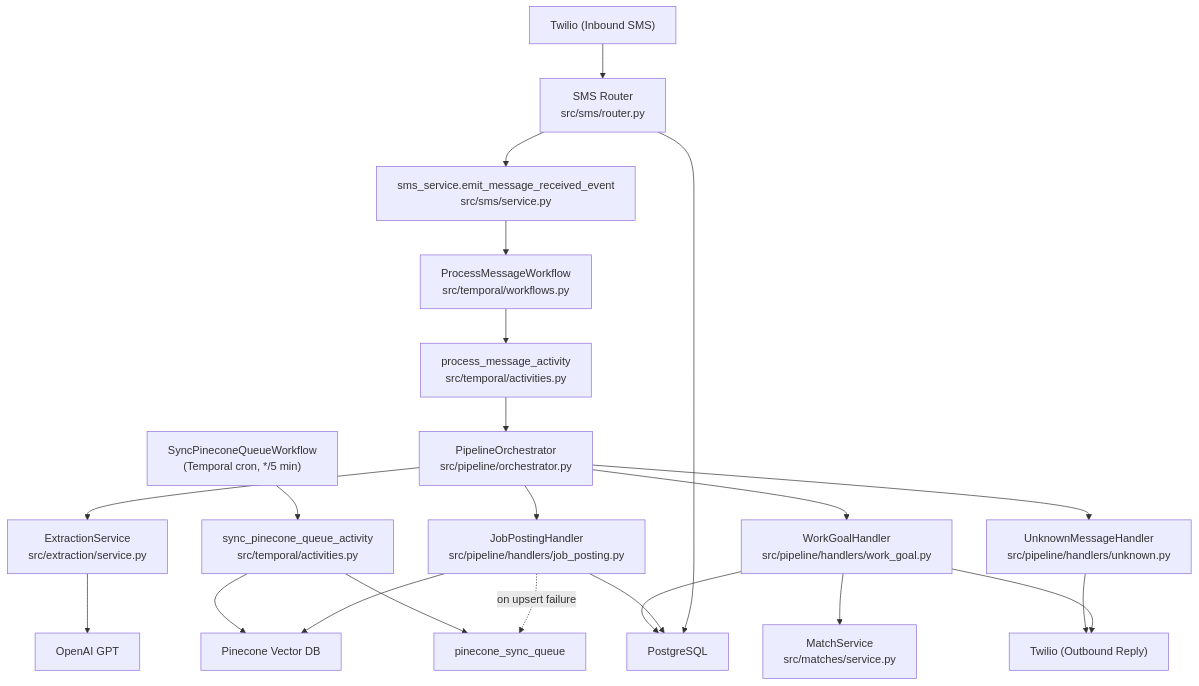
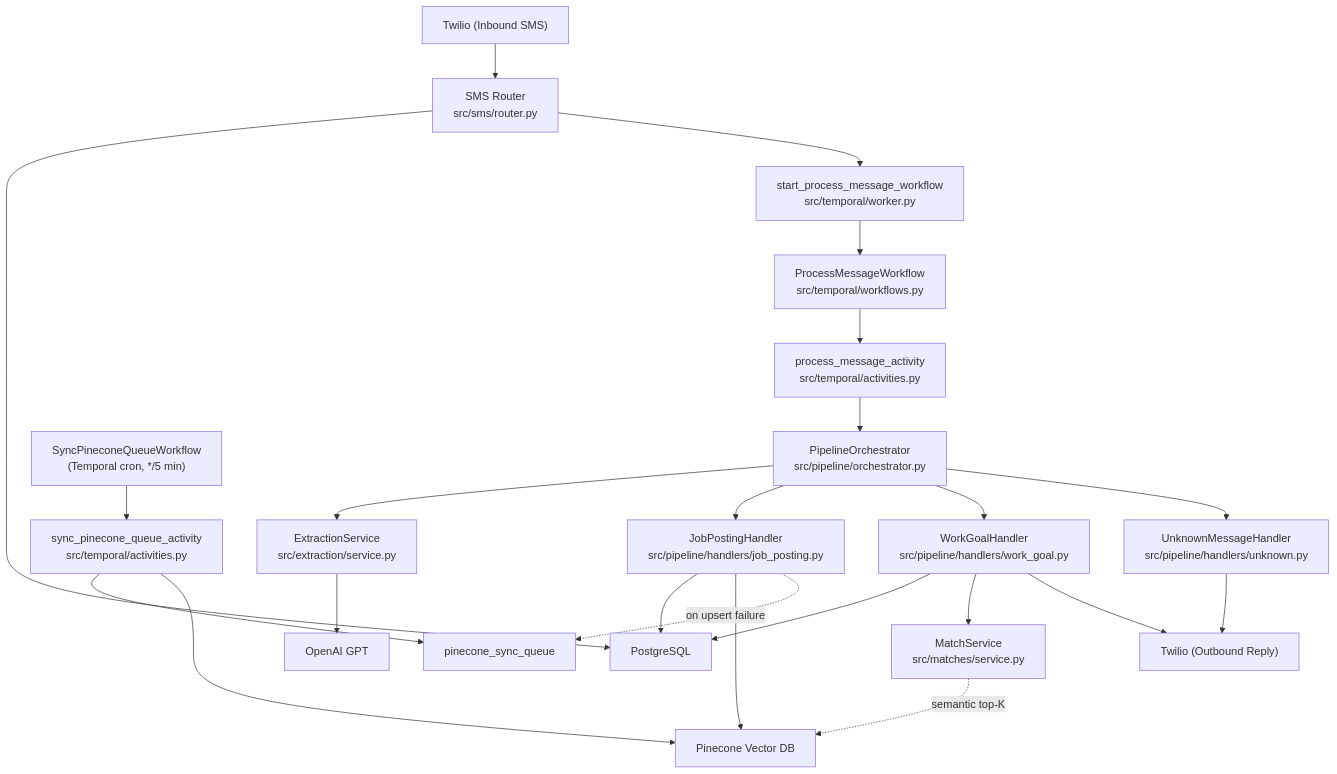
Before and after one commit to ahcarpenter/vici: the diagram in docs/ARCHITECTURE.md, drawn with Mermaid. The commit also changed other lines of this file and 30 other files, not shown here.

````diff
--- a/docs/ARCHITECTURE.md
+++ b/docs/ARCHITECTURE.md
@@ -10,24 +10,25 @@
 ```mermaid
 graph TD
     Twilio["Twilio (Inbound SMS)"] --> Router["SMS Router<br/>src/sms/router.py"]
     Router --> Postgres["PostgreSQL"]
-    Router --> SmsService["sms_service.emit_message_received_event<br/>src/sms/service.py"]
-    SmsService --> Workflow["ProcessMessageWorkflow<br/>src/temporal/workflows.py"]
+    Router --> StartWf["start_process_message_workflow<br/>src/temporal/worker.py"]
+    StartWf --> Workflow["ProcessMessageWorkflow<br/>src/temporal/workflows.py"]
     Workflow --> Activity["process_message_activity<br/>src/temporal/activities.py"]
     Activity --> Orchestrator["PipelineOrchestrator<br/>src/pipeline/orchestrator.py"]
     Orchestrator --> Extraction["ExtractionService<br/>src/extraction/service.py"]
     Extraction --> OpenAI["OpenAI GPT"]
     Orchestrator --> JobHandler["JobPostingHandler<br/>src/pipeline/handlers/job_posting.py"]
     Orchestrator --> GoalHandler["WorkGoalHandler<br/>src/pipeline/handlers/work_goal.py"]
     Orchestrator --> UnknownHandler["UnknownMessageHandler<br/>src/pipeline/handlers/unknown.py"]
     JobHandler --> Postgres
     JobHandler --> Pinecone["Pinecone Vector DB"]
     JobHandler -. "on upsert failure" .-> SyncQueue["pinecone_sync_queue"]
     GoalHandler --> Postgres
     GoalHandler --> MatchSvc["MatchService<br/>src/matches/service.py"]
+    MatchSvc -. "semantic top-K" .-> Pinecone
     GoalHandler --> TwilioOut
     UnknownHandler --> TwilioOut["Twilio (Outbound Reply)"]
     CronWorkflow["SyncPineconeQueueWorkflow<br/>(Temporal cron, */5 min)"] --> SyncActivity["sync_pinecone_queue_activity<br/>src/temporal/activities.py"]
     SyncActivity --> SyncQueue
     SyncActivity --> Pinecone
 ```
````
